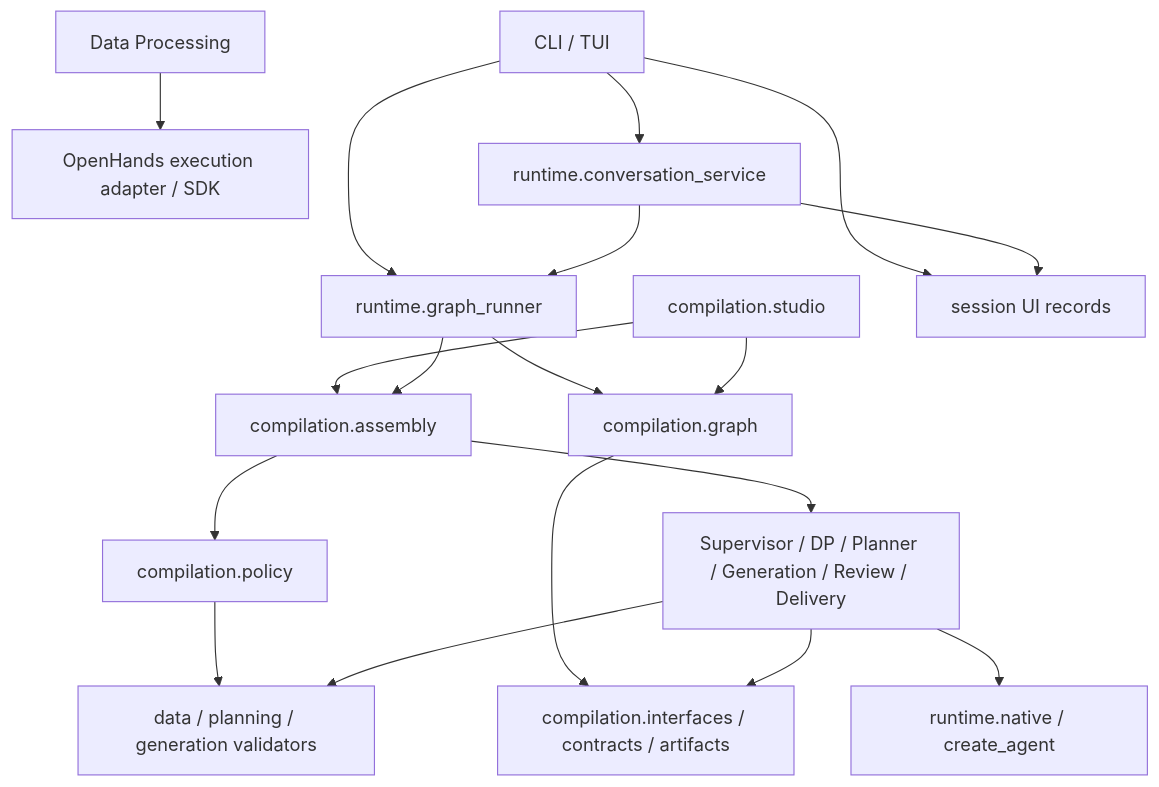
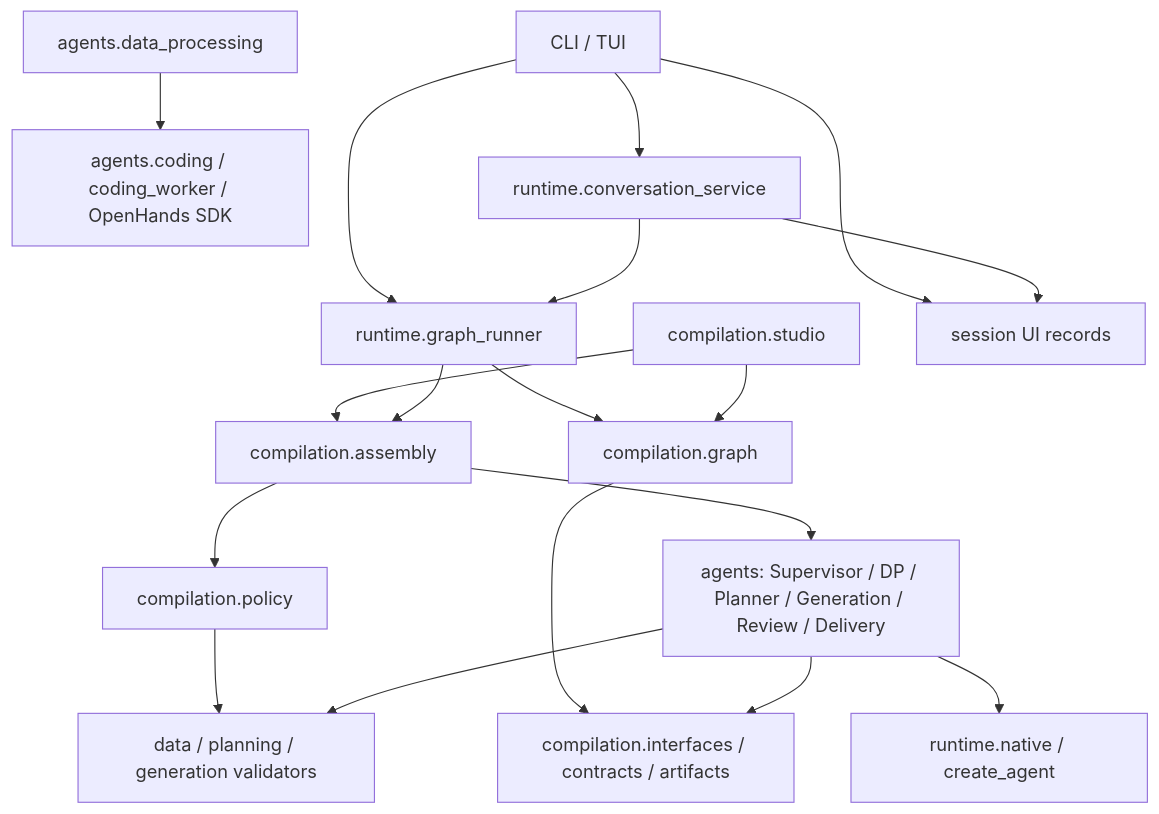
Before and after one commit to fly233338/MedBenchAgent: the first of 3 diagrams in docs/ARCHITECTURE.md, drawn with Mermaid. The commit also changed other lines of this file and 13 other files, not shown here.

Commit message:
refactor: place supervisor and coding implementations under agents

````diff
--- a/docs/ARCHITECTURE.md
+++ b/docs/ARCHITECTURE.md
@@ -8,19 +8,19 @@
 ```mermaid
 flowchart TB
     CLI[CLI / TUI] --> Runner[runtime.graph_runner]
     Studio[compilation.studio] --> Assembly[compilation.assembly]
     Runner --> Assembly
     Runner & Studio --> Graph[compilation.graph]
     Assembly --> Policy[compilation.policy]
     Graph --> Public[compilation.interfaces / contracts / artifacts]
     Policy --> Domain[data / planning / generation validators]
-    Assembly --> Agents[Supervisor / DP / Planner / Generation / Review / Delivery]
+    Assembly --> Agents[agents: Supervisor / DP / Planner / Generation / Review / Delivery]
     Agents --> Public
     Agents --> Domain
     Agents --> Native[runtime.native / create_agent]
-    DP[Data Processing] --> Coding[OpenHands execution adapter / SDK]
+    DP[agents.data_processing] --> Coding[agents.coding / coding_worker / OpenHands SDK]
     CLI --> Sessions[session UI records]
     CLI --> UIService[runtime.conversation_service]
     UIService --> Sessions
     UIService --> Runner
 ```
````
